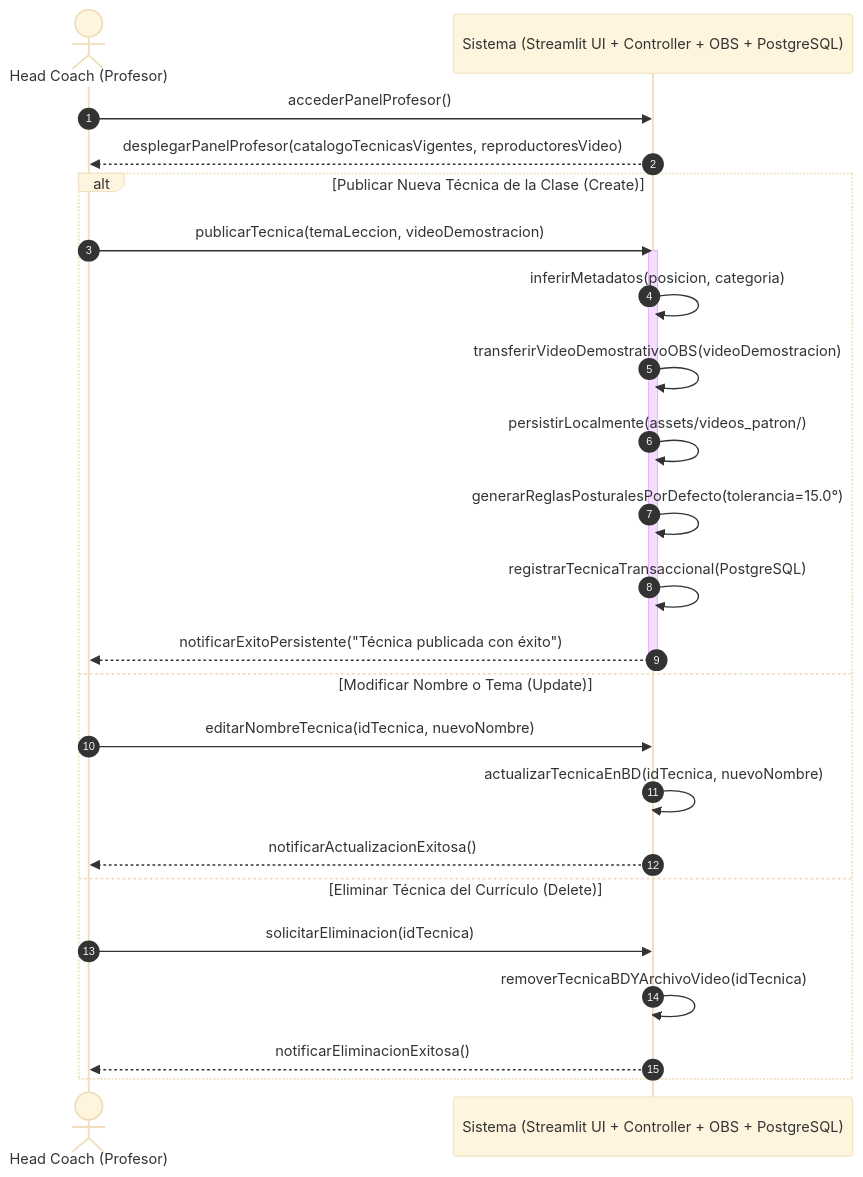
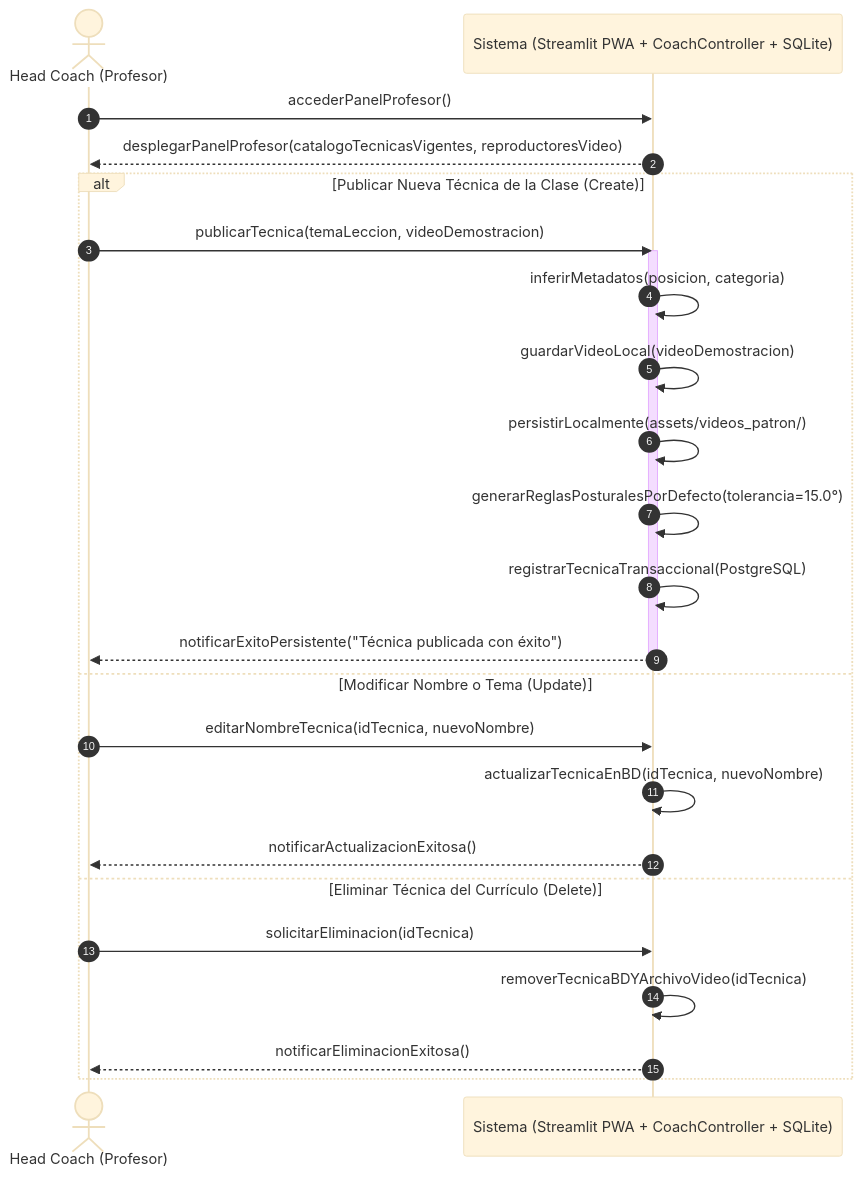
Before and after one commit to Tsmrain/JiuJitsu: the sixth of 10 diagrams in README.md, drawn with Mermaid (base theme). The commit also changed other lines of this file and 10 other files, not shown here.

````diff
--- a/README.md
+++ b/README.md
@@ -1063,29 +1069,29 @@
 ```mermaid
 sequenceDiagram
     autonumber
     actor HC as Head Coach (Profesor)
-    participant Sis as Sistema (Streamlit UI + Controller + OBS + PostgreSQL)
+    participant Sis as Sistema (Streamlit PWA + CoachController + SQLite)
 
     HC->>Sis: accederPanelProfesor()
     Sis-->>HC: desplegarPanelProfesor(catalogoTecnicasVigentes, reproductoresVideo)
 
     alt Publicar Nueva Técnica de la Clase (Create)
         HC->>Sis: publicarTecnica(temaLeccion, videoDemostracion)
         activate Sis
         Sis->>Sis: inferirMetadatos(posicion, categoria)
-        Sis->>Sis: transferirVideoDemostrativoOBS(videoDemostracion)
+        Sis->>Sis: guardarVideoLocal(videoDemostracion)
         Sis->>Sis: persistirLocalmente(assets/videos_patron/)
         Sis->>Sis: generarReglasPosturalesPorDefecto(tolerancia=15.0°)
         Sis->>Sis: registrarTecnicaTransaccional(PostgreSQL)
         Sis-->>HC: notificarExitoPersistente("Técnica publicada con éxito")
         deactivate Sis
     else Modificar Nombre o Tema (Update)
         HC->>Sis: editarNombreTecnica(idTecnica, nuevoNombre)
         Sis->>Sis: actualizarTecnicaEnBD(idTecnica, nuevoNombre)
         Sis-->>HC: notificarActualizacionExitosa()
     else Eliminar Técnica del Currículo (Delete)
         HC->>Sis: solicitarEliminacion(idTecnica)
         Sis->>Sis: removerTecnicaBDYArchivoVideo(idTecnica)
         Sis-->>HC: notificarEliminacionExitosa()
     end
 ```
````
